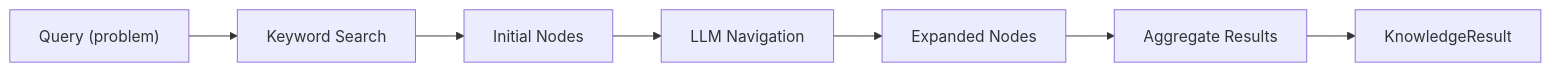
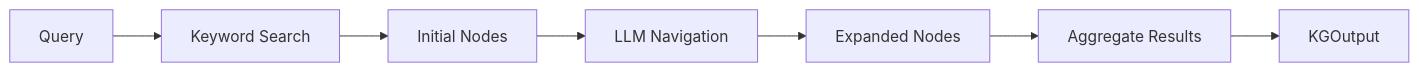
Before and after one commit to Leeroo-AI/kapso: the second of 2 diagrams in docs/components/knowledge-search/overview.mdx, drawn with Mermaid. The commit also changed other lines of this file and 74 other files, not shown here.

````diff
--- a/docs/components/knowledge-search/overview.mdx
+++ b/docs/components/knowledge-search/overview.mdx
@@ -10,9 +184,9 @@
 ```mermaid
 flowchart LR
-    Q["Query (problem)"] --> KW["Keyword Search"]
+    Q["Query"] --> KW["Keyword Search"]
     KW --> N1["Initial Nodes"]
     N1 --> LLM["LLM Navigation"]
     LLM --> N2["Expanded Nodes"]
     N2 --> AGG["Aggregate Results"]
-    AGG --> R["KnowledgeResult"]
+    AGG --> R["KGOutput"]
 ```
````
